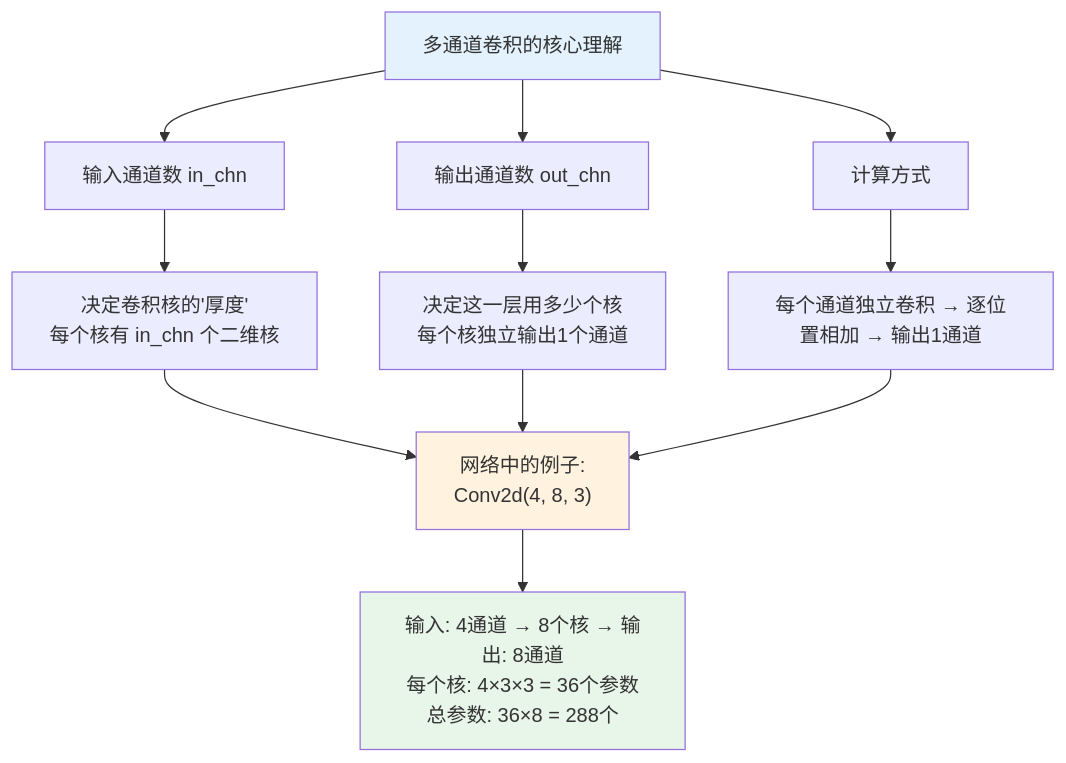
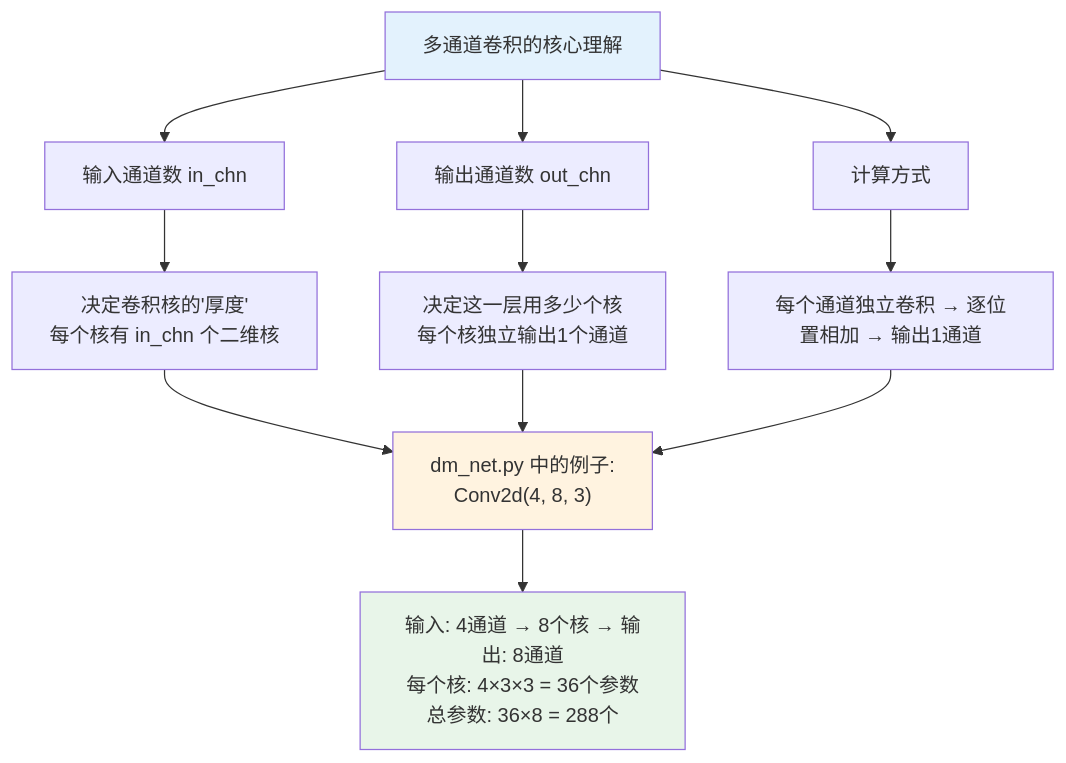
Before and after one commit to bluhuang/blogs-of-bluhuang: the fourth of 4 diagrams in content/AI/4 深度学习/2.2 多通道卷积.md, drawn with Mermaid. The commit also changed other lines of this file and 58 other files, not shown here.

````diff
--- a/content/AI/4 深度学习/2.2 多通道卷积.md
+++ b/content/AI/4 深度学习/2.2 多通道卷积.md
@@ -516,20 +516,20 @@
 ```mermaid
 flowchart TD
     A[多通道卷积的核心理解] --> B[输入通道数 in_chn]
     A --> C[输出通道数 out_chn]
     A --> D[计算方式]
     
     B --> B1["决定卷积核的'厚度'<br/>每个核有 in_chn 个二维核"]
     C --> C1["决定这一层用多少个核<br/>每个核独立输出1个通道"]
     D --> D1["每个通道独立卷积 → 逐位置相加 → 输出1通道"]
     
-    B1 --> E["网络中的例子:<br/>Conv2d(4, 8, 3)"]
+    B1 --> E["dm_net.py 中的例子:<br/>Conv2d(4, 8, 3)"]
     C1 --> E
     D1 --> E
     
     E --> F["输入: 4通道 → 8个核 → 输出: 8通道<br/>每个核: 4×3×3 = 36个参数<br/>总参数: 36×8 = 288个"]
     
     style A fill:#e3f2fd
     style E fill:#fff3e0
     style F fill:#e8f5e9
 ```
````
